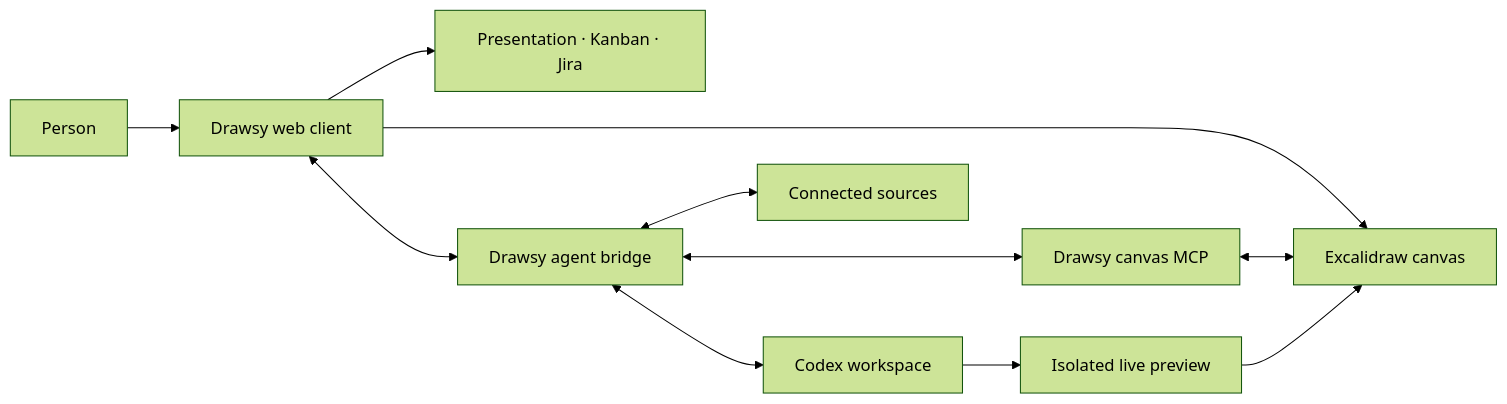
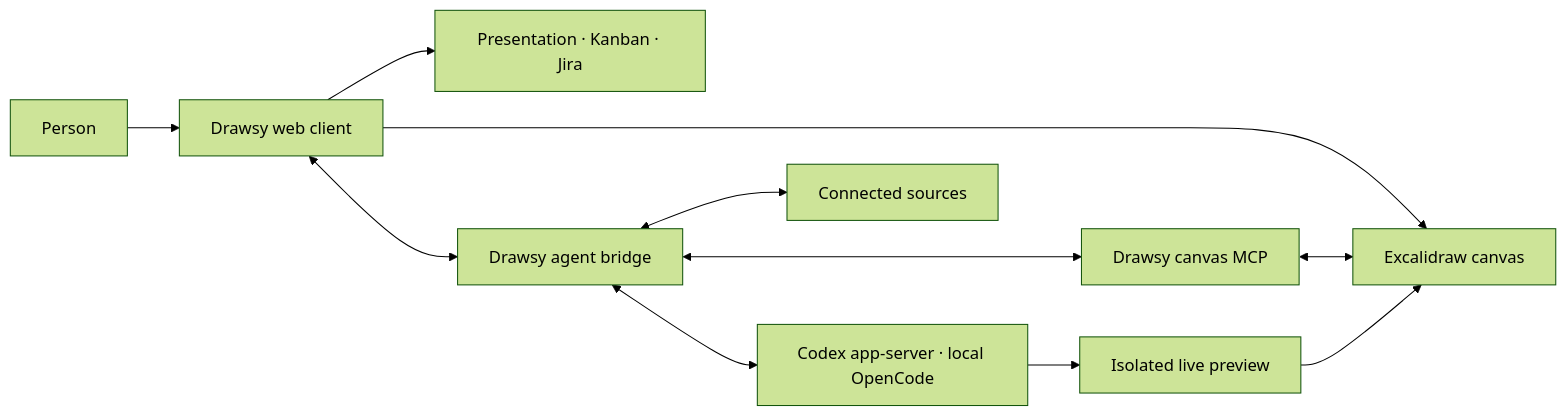
The diagram in README.md (adarshnagrikar14/drawsy-ai), drawn with Mermaid (forest theme) before and after one commit. The commit also changed other lines of this file and 2 other files, not shown here.

Commit message:
feat: support OpenCode provider-key endpoints and update assets in excal-ai

````diff
--- a/README.md
+++ b/README.md
@@ -91,13 +98,13 @@
 ```mermaid
 flowchart LR
   Person["Person"] --> Client["Drawsy web client"]
   Client --> Canvas["Excalidraw canvas"]
   Client --> Surfaces["Presentation · Kanban · Jira"]
   Client <--> Bridge["Drawsy agent bridge"]
-  Bridge <--> Codex["Codex workspace"]
+  Bridge <--> Agents["Codex app-server · local OpenCode"]
   Bridge <--> CanvasMCP["Drawsy canvas MCP"]
   Bridge <--> Sources["Connected sources"]
   CanvasMCP <--> Canvas
-  Codex --> Preview["Isolated live preview"]
+  Agents --> Preview["Isolated live preview"]
   Preview --> Canvas
 ```
````
